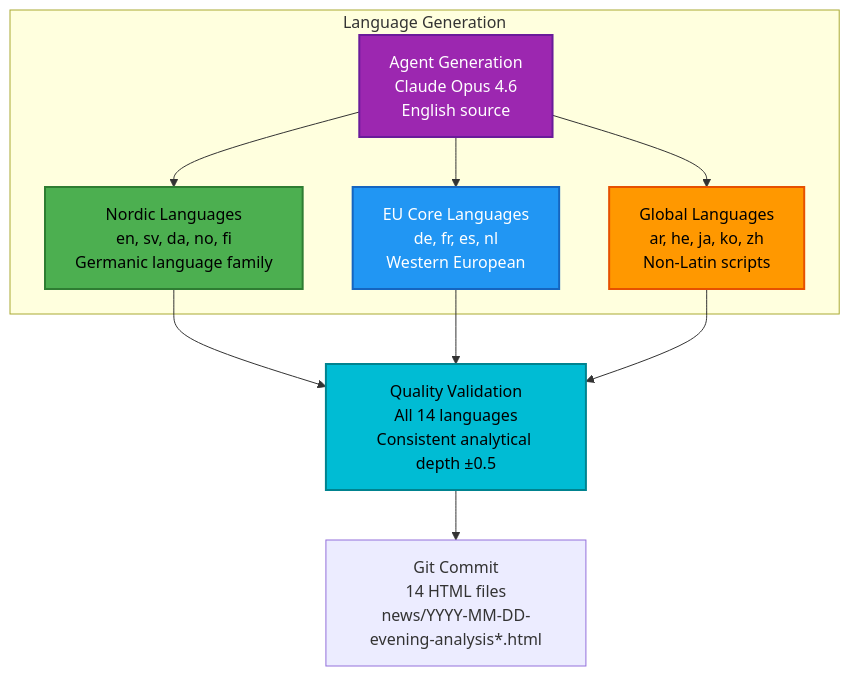
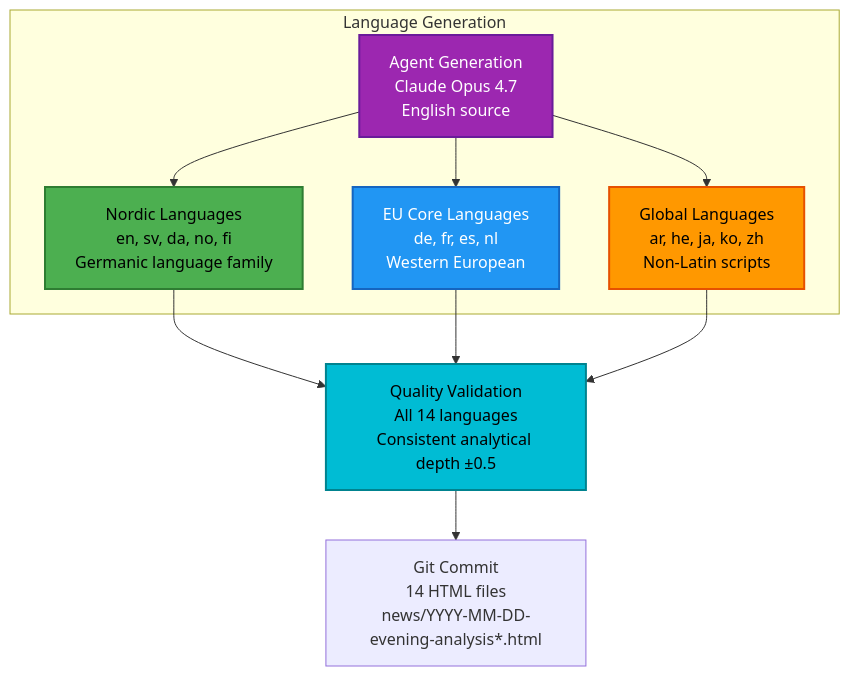
One commit to Hack23/riksdagsmonitor changed the tenth of 16 diagrams in ARCHITECTURE.md. Above: the diagram before and after it, drawn with Mermaid. The commit also changed 15 other files, not shown here.

First line of the commit message:
Sync all docs/methodology/skills to Claude Opus 4.7

````diff
--- a/ARCHITECTURE.md
+++ b/ARCHITECTURE.md
@@ -919,26 +919,26 @@
 ```mermaid
 graph TB
     subgraph "Language Generation"
-        Source[Agent Generation<br/>Claude Opus 4.6<br/>English source]
+        Source[Agent Generation<br/>Claude Opus 4.7<br/>English source]
         
         Nordic[Nordic Languages<br/>en, sv, da, no, fi<br/>Germanic language family]
         EU[EU Core Languages<br/>de, fr, es, nl<br/>Western European]
         Global[Global Languages<br/>ar, he, ja, ko, zh<br/>Non-Latin scripts]
     end
     
     Source --> Nordic
     Source --> EU
     Source --> Global
     
     Nordic --> Validation[Quality Validation<br/>All 14 languages<br/>Consistent analytical depth ±0.5]
     EU --> Validation
     Global --> Validation
     
     Validation --> Commit[Git Commit<br/>14 HTML files<br/>news/YYYY-MM-DD-evening-analysis*.html]
     
     style Source fill:#9c27b0,stroke:#6a1b9a,stroke-width:2px,color:#ffffff
     style Nordic fill:#4caf50,stroke:#2e7d32,stroke-width:2px,color:#000000
     style EU fill:#2196f3,stroke:#1565c0,stroke-width:2px,color:#ffffff
     style Global fill:#ff9800,stroke:#e65100,stroke-width:2px,color:#000000
     style Validation fill:#00bcd4,stroke:#00838f,stroke-width:2px,color:#000000
 ```
````
